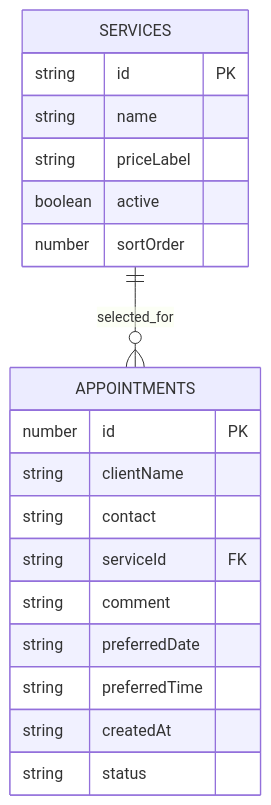
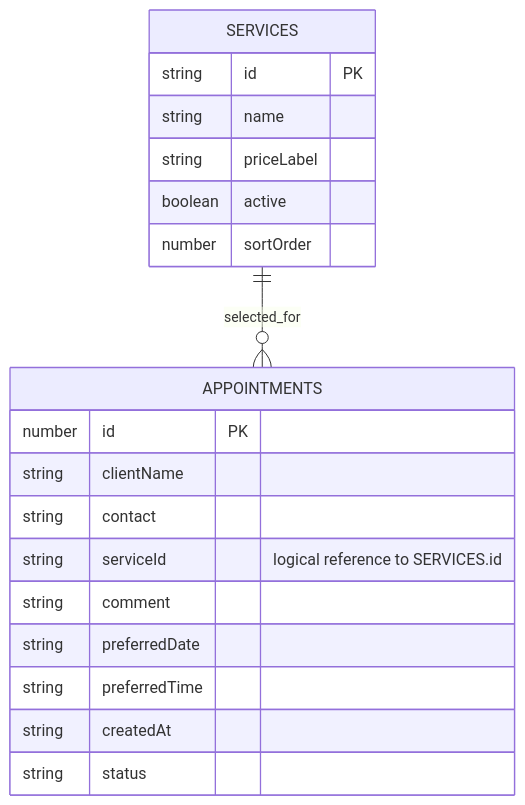
One commit to lenconcoira2007-spec/aside-pro-tattoo-salon changed the diagram in docs/er-diagram.mmd. Above: the diagram before and after it, drawn with Mermaid. The commit also changed 441 other files, not shown here.

```diff
--- a/docs/er-diagram.mmd
+++ b/docs/er-diagram.mmd
@@ -1,20 +1,20 @@
 erDiagram
-  SERVICES ||--o{ APPOINTMENTS : selected_for
-  SERVICES {
-    string id PK
-    string name
-    string priceLabel
-    boolean active
-    number sortOrder
-  }
-  APPOINTMENTS {
-    number id PK
-    string clientName
-    string contact
-    string serviceId FK
-    string comment
-    string preferredDate
-    string preferredTime
-    string createdAt
-    string status
-  }
+    SERVICES ||--o{ APPOINTMENTS : selected_for
+    SERVICES {
+        string id PK
+        string name
+        string priceLabel
+        boolean active
+        number sortOrder
+    }
+    APPOINTMENTS {
+        number id PK
+        string clientName
+        string contact
+        string serviceId "logical reference to SERVICES.id"
+        string comment
+        string preferredDate
+        string preferredTime
+        string createdAt
+        string status
+    }
```
